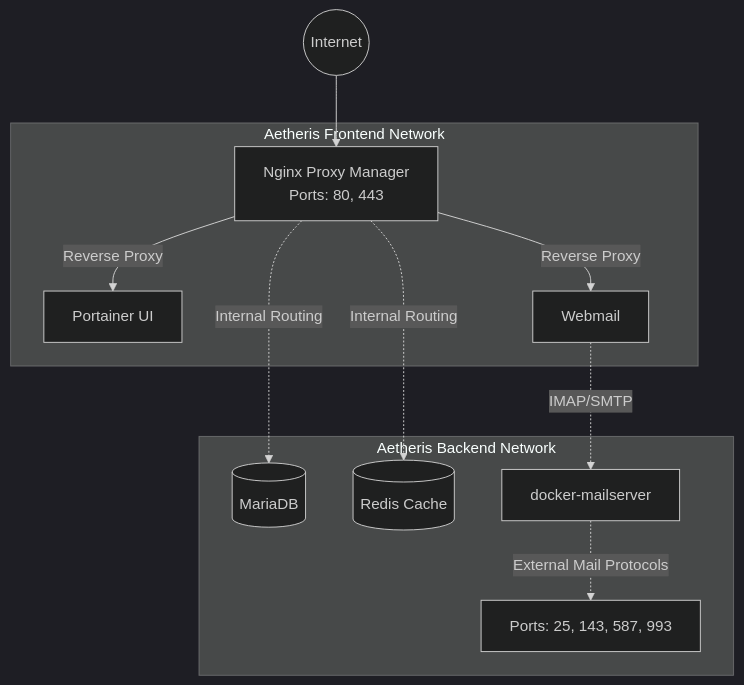
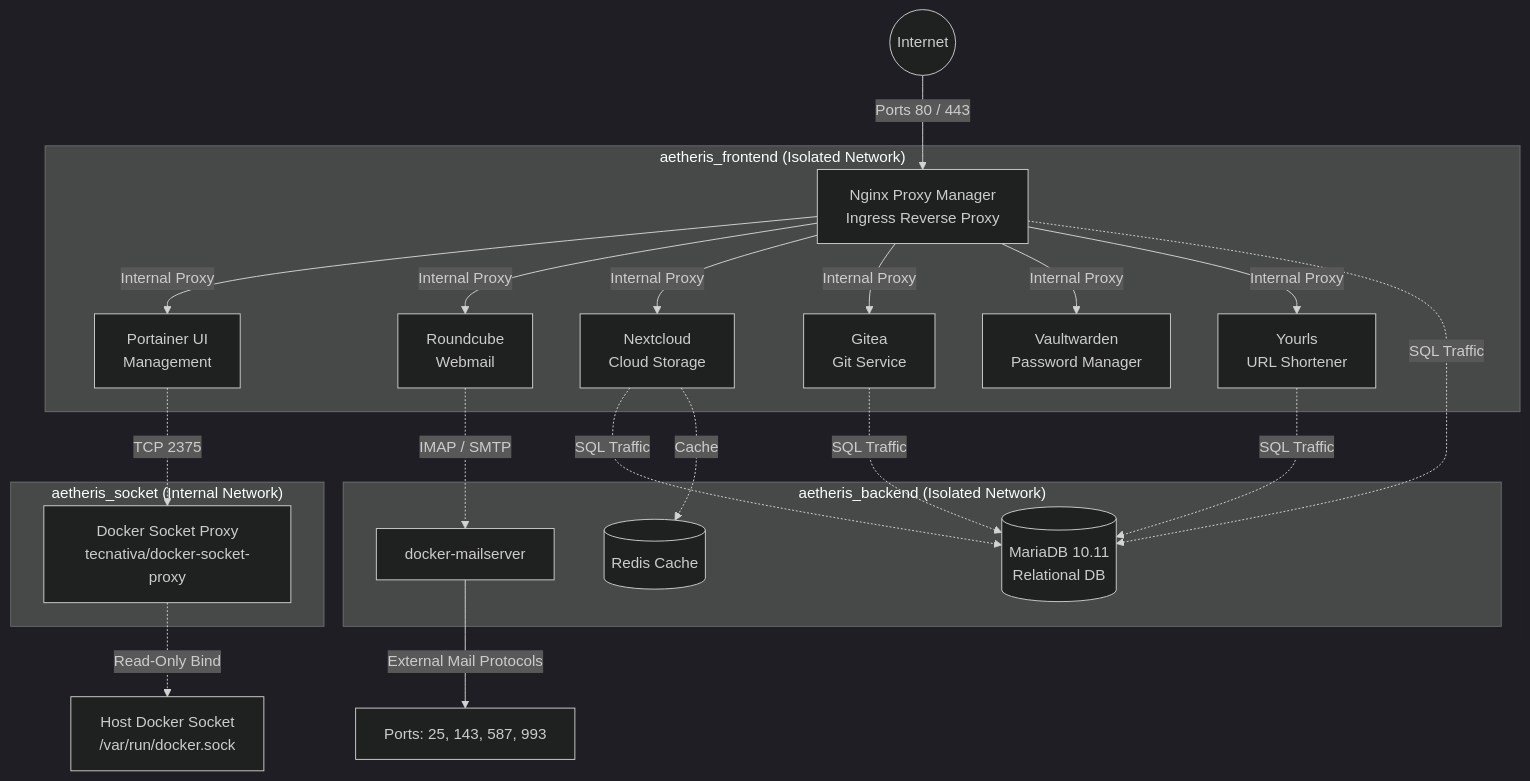
The diagram in README.md (Cylae/AETHERIS), drawn with Mermaid (dark theme) before and after one commit. The commit also changed other lines of this file and 4 other files, not shown here.

````diff
--- a/README.md
+++ b/README.md
@@ -15,17 +17,30 @@
 ```mermaid
 graph TD;
-    Internet((Internet)) --> NPM[Nginx Proxy Manager<br/>Ports: 80, 443]
+    Internet((Internet)) -->|Ports 80 / 443| NPM[Nginx Proxy Manager<br/>Ingress Reverse Proxy]
 
-    subgraph Aetheris Frontend Network
-        NPM -->|Reverse Proxy| Portainer[Portainer UI]
-        NPM -->|Reverse Proxy| Roundcube[Webmail]
+    subgraph "aetheris_frontend (Isolated Network)"
+        NPM -->|Internal Proxy| Portainer[Portainer UI<br/>Management]
+        NPM -->|Internal Proxy| Roundcube[Roundcube<br/>Webmail]
+        NPM -->|Internal Proxy| Nextcloud[Nextcloud<br/>Cloud Storage]
+        NPM -->|Internal Proxy| Gitea[Gitea<br/>Git Service]
+        NPM -->|Internal Proxy| Vaultwarden[Vaultwarden<br/>Password Manager]
+        NPM -->|Internal Proxy| Yourls[Yourls<br/>URL Shortener]
     end
 
-    subgraph Aetheris Backend Network
-        NPM -.->|Internal Routing| MariaDB[(MariaDB)]
-        NPM -.->|Internal Routing| Redis[(Redis Cache)]
+    subgraph "aetheris_backend (Isolated Network)"
+        NPM -.->|SQL Traffic| MariaDB[(MariaDB 10.11<br/>Relational DB)]
+        Nextcloud -.->|SQL Traffic| MariaDB
+        Gitea -.->|SQL Traffic| MariaDB
+        Yourls -.->|SQL Traffic| MariaDB
 
-        Roundcube -.->|IMAP/SMTP| Mailserver[docker-mailserver]
-        Mailserver -.->|External Mail Protocols| External[Ports: 25, 143, 587, 993]
+        Nextcloud -.->|Cache| Redis[(Redis Cache)]
+        Roundcube -.->|IMAP / SMTP| Mailserver[docker-mailserver]
     end
+
+    subgraph "aetheris_socket (Internal Network)"
+        Portainer -.->|TCP 2375| DockerProxy[Docker Socket Proxy<br/>tecnativa/docker-socket-proxy]
+    end
+
+    Mailserver -->|External Mail Protocols| MailPorts[Ports: 25, 143, 587, 993]
+    DockerProxy -.->|Read-Only Bind| HostDocker[Host Docker Socket<br/>/var/run/docker.sock]
 ```
````
